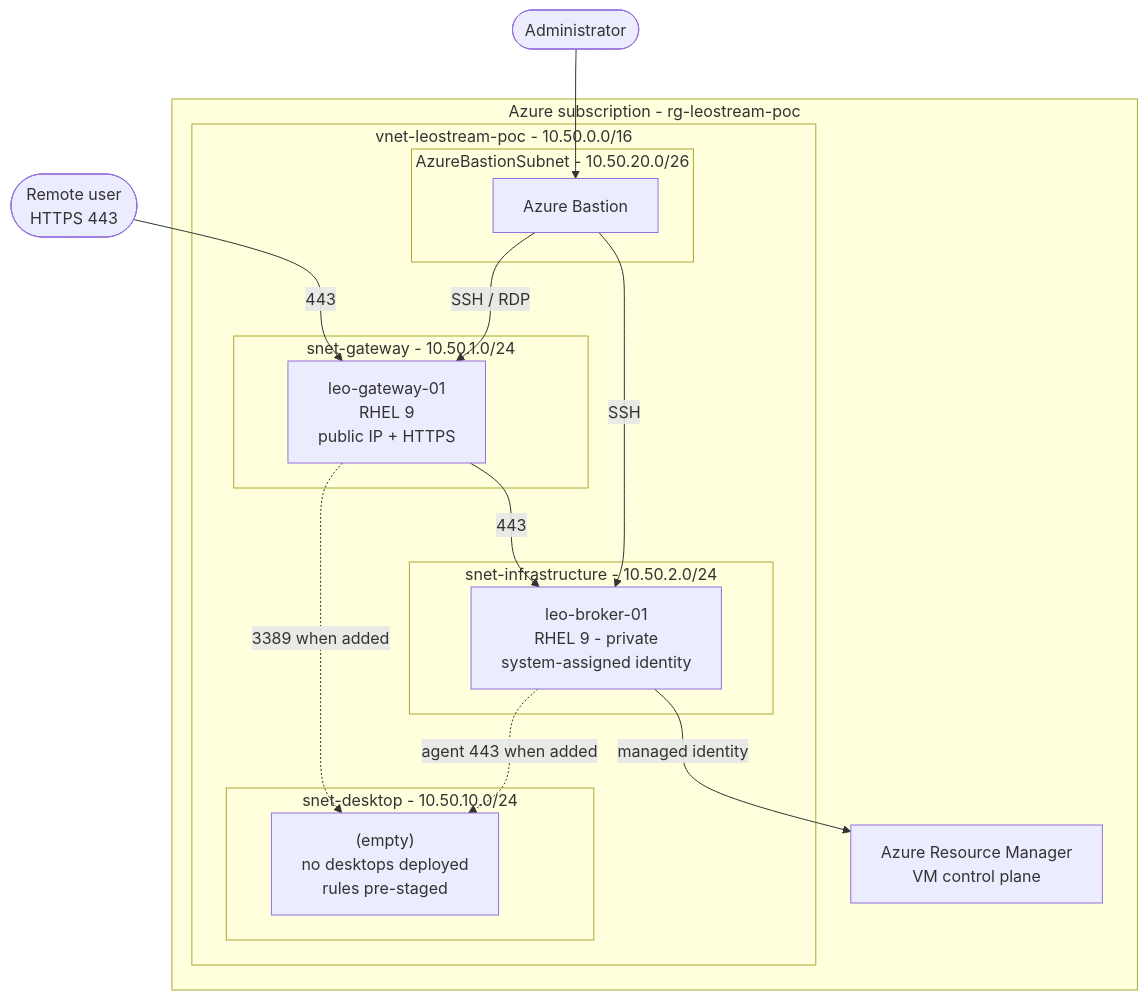
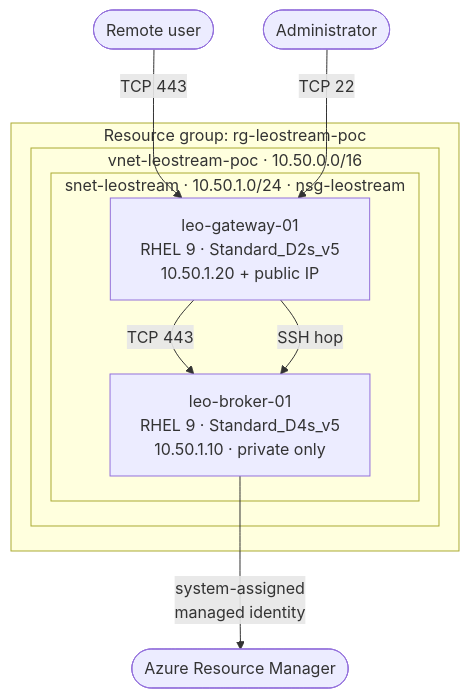
Before and after one commit to mehmetkadriumay/leostream-azure-poc: the diagram in docs/architecture.md, drawn with Mermaid. The commit also changed other lines of this file and 10 other files, not shown here.

````diff
--- a/docs/architecture.md
+++ b/docs/architecture.md
@@ -19,33 +12,21 @@
 ```mermaid
 flowchart TB
-    user([Remote user<br/>HTTPS 443])
+    user([Remote user])
+    admin([Administrator])
+    arm([Azure Resource Manager])
 
-    subgraph azure["Azure subscription - rg-leostream-poc"]
-        subgraph vnet["vnet-leostream-poc - 10.50.0.0/16"]
-            subgraph gwsub["snet-gateway - 10.50.1.0/24"]
-                gw["leo-gateway-01<br/>RHEL 9<br/>public IP + HTTPS"]
-            end
-            subgraph infrasub["snet-infrastructure - 10.50.2.0/24"]
-                broker["leo-broker-01<br/>RHEL 9 - private<br/>system-assigned identity"]
-            end
-            subgraph desksub["snet-desktop - 10.50.10.0/24"]
-                win["(empty)<br/>no desktops deployed<br/>rules pre-staged"]
-            end
-            subgraph bassub["AzureBastionSubnet - 10.50.20.0/26"]
-                bastion["Azure Bastion"]
+    subgraph rg["Resource group: rg-leostream-poc"]
+        subgraph vnet["vnet-leostream-poc · 10.50.0.0/16"]
+            subgraph sn["snet-leostream · 10.50.1.0/24 · nsg-leostream"]
+                gw["leo-gateway-01<br/>RHEL 9 · Standard_D2s_v5<br/>10.50.1.20 + public IP"]
+                broker["leo-broker-01<br/>RHEL 9 · Standard_D4s_v5<br/>10.50.1.10 · private only"]
             end
         end
-        arm["Azure Resource Manager<br/>VM control plane"]
     end
 
-    admin([Administrator])
-
-    user -->|443| gw
-    gw -->|443| broker
-    gw -.->|3389 when added| win
-    broker -.->|agent 443 when added| win
-    broker -->|managed identity| arm
-    admin --> bastion
-    bastion -->|SSH / RDP| gw
-    bastion -->|SSH| broker
+    user -->|TCP 443| gw
+    admin -->|TCP 22| gw
+    gw -->|TCP 443| broker
+    gw -->|SSH hop| broker
+    broker -->|system-assigned<br/>managed identity| arm
 ```
````
